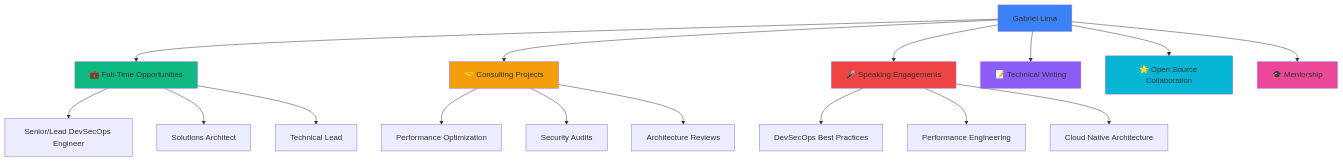
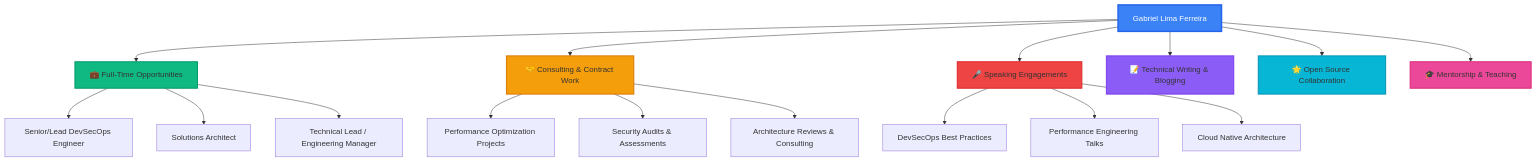
The fourth of 4 diagrams in README.md (glferreira-devsecops/glferreira-devsecops), drawn with Mermaid before and after one commit. The commit also changed other lines of this file, not shown here.

````diff
--- a/README.md
+++ b/README.md
@@ -842,29 +978,29 @@
 ```mermaid
 graph TD
-    A[Gabriel Lima] --> B[💼 Full-Time Opportunities]
-    A --> C[🤝 Consulting Projects]
+    A[Gabriel Lima Ferreira] --> B[💼 Full-Time Opportunities]
+    A --> C[🤝 Consulting & Contract Work]
     A --> D[🎤 Speaking Engagements]
-    A --> E[📝 Technical Writing]
+    A --> E[📝 Technical Writing & Blogging]
     A --> F[🌟 Open Source Collaboration]
-    A --> G[🎓 Mentorship]
+    A --> G[🎓 Mentorship & Teaching]
 
     B --> H[Senior/Lead DevSecOps Engineer]
     B --> I[Solutions Architect]
-    B --> J[Technical Lead]
+    B --> J[Technical Lead / Engineering Manager]
 
-    C --> K[Performance Optimization]
-    C --> L[Security Audits]
-    C --> M[Architecture Reviews]
+    C --> K[Performance Optimization Projects]
+    C --> L[Security Audits & Assessments]
+    C --> M[Architecture Reviews & Consulting]
 
     D --> N[DevSecOps Best Practices]
-    D --> O[Performance Engineering]
+    D --> O[Performance Engineering Talks]
     D --> P[Cloud Native Architecture]
 
-    style A fill:#3B82F6
-    style B fill:#10B981
-    style C fill:#F59E0B
-    style D fill:#EF4444
-    style E fill:#8B5CF6
-    style F fill:#06B6D4
-    style G fill:#EC4899
+    style A fill:#3B82F6,stroke:#2563EB,stroke-width:3px,color:#fff
+    style B fill:#10B981,stroke:#059669,stroke-width:2px
+    style C fill:#F59E0B,stroke:#D97706,stroke-width:2px
+    style D fill:#EF4444,stroke:#DC2626,stroke-width:2px
+    style E fill:#8B5CF6,stroke:#7C3AED,stroke-width:2px
+    style F fill:#06B6D4,stroke:#0891B2,stroke-width:2px
+    style G fill:#EC4899,stroke:#DB2777,stroke-width:2px
 ```
````
